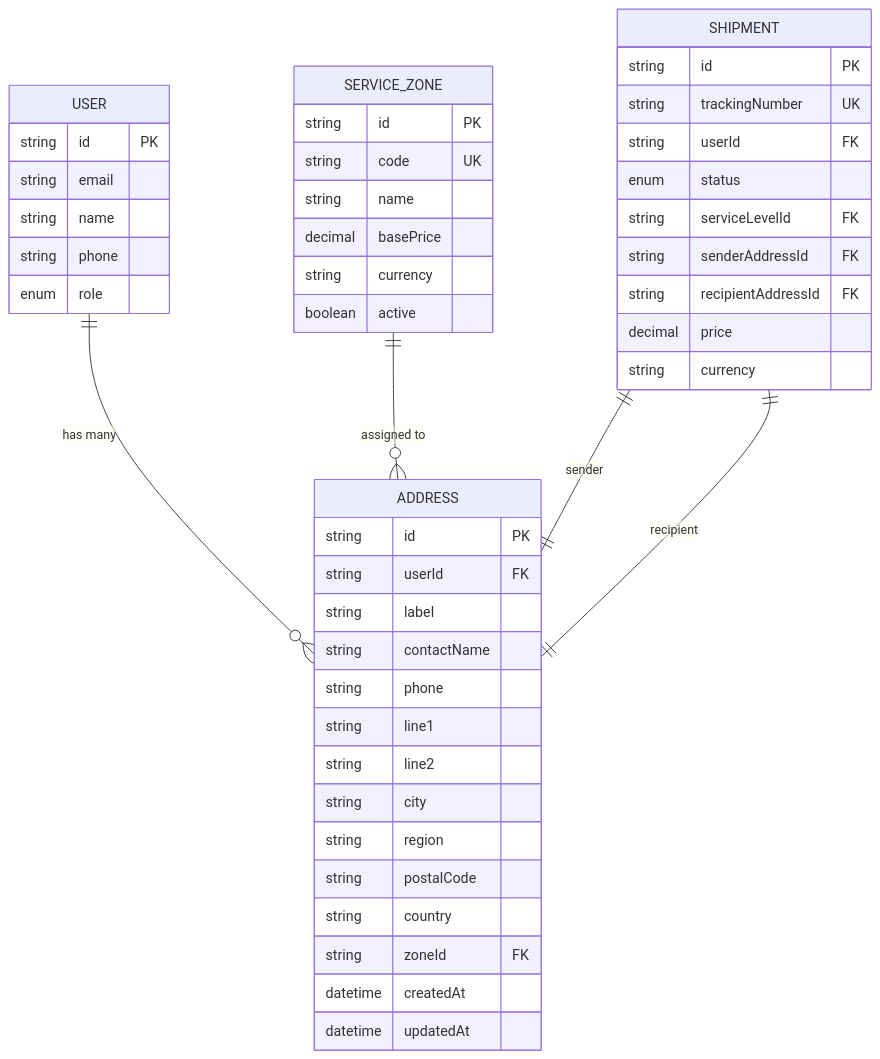
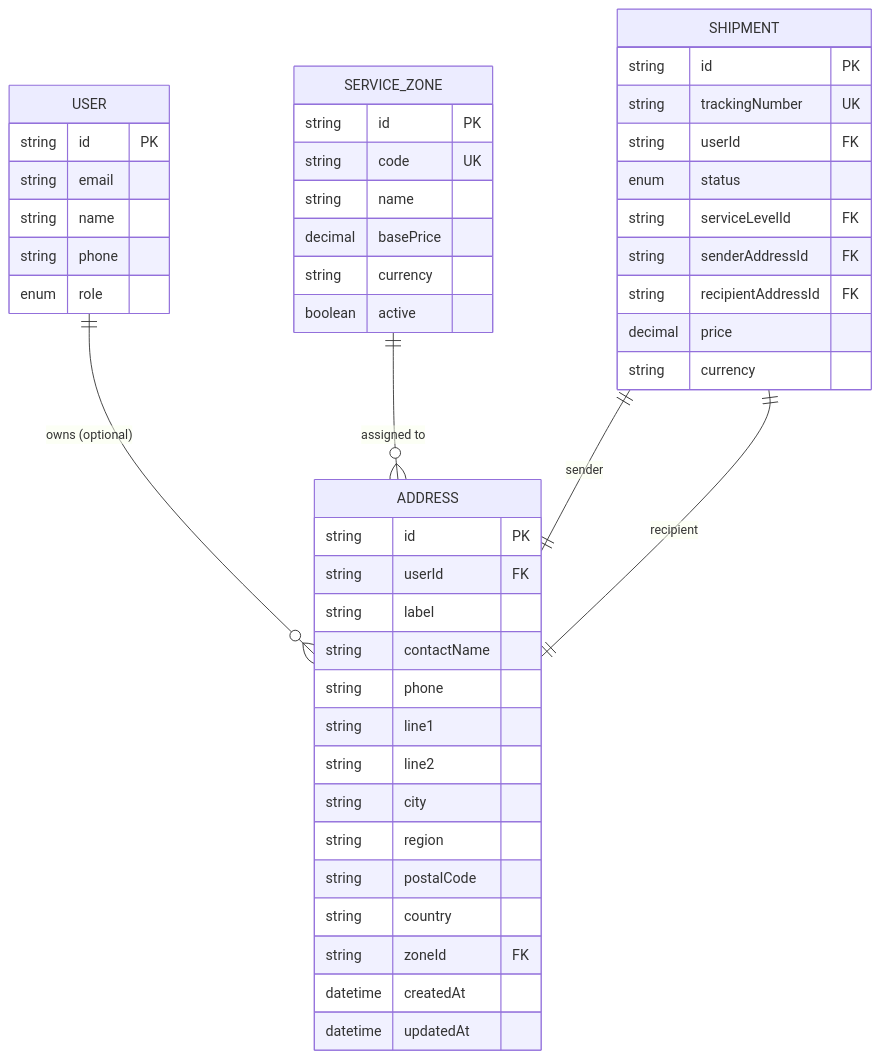
One commit to gyamposudodzi/Timberland changed the third of 13 diagrams in .qoder/repowiki/en/content/Shipment Management/Address Management.md. Above: the diagram before and after it, drawn with Mermaid. The commit also changed other lines of this file and 48 other files, not shown here.

First line of the commit message:
feat(testing): expand E2E test coverage with new user flows and dashboard features

````diff
--- a/.qoder/repowiki/en/content/Shipment Management/Address Management.md
+++ b/.qoder/repowiki/en/content/Shipment Management/Address Management.md
@@ -131,49 +161,49 @@
 ```mermaid
 erDiagram
-USER ||--o{ ADDRESS : "has many"
+USER ||--o{ ADDRESS : "owns (optional)"
 SERVICE_ZONE ||--o{ ADDRESS : "assigned to"
 SHIPMENT ||--|| ADDRESS : "sender"
 SHIPMENT ||--|| ADDRESS : "recipient"
 ADDRESS {
 string id PK
 string userId FK
 string label
 string contactName
 string phone
 string line1
 string line2
 string city
 string region
 string postalCode
 string country
 string zoneId FK
 datetime createdAt
 datetime updatedAt
 }
 USER {
 string id PK
 string email
 string name
 string phone
 enum role
 }
 SERVICE_ZONE {
 string id PK
 string code UK
 string name
 decimal basePrice
 string currency
 boolean active
 }
 SHIPMENT {
 string id PK
 string trackingNumber UK
 string userId FK
 enum status
 string serviceLevelId FK
 string senderAddressId FK
 string recipientAddressId FK
 decimal price
 string currency
 }
 ```
````
